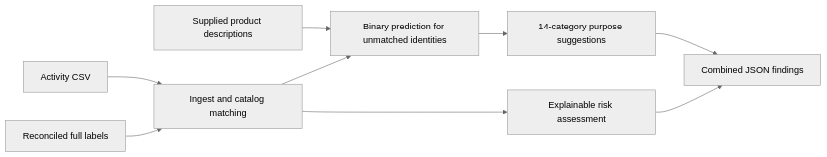
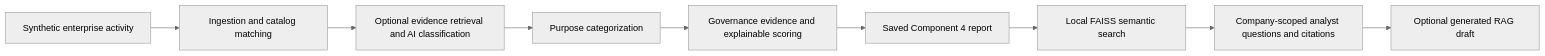
Before and after one commit to Break-Through-Tech/Cyera-1B-ai-tool-discovery-and-risk-classification: the diagram in README.md, drawn with Mermaid (neutral theme). The commit also changed other lines of this file and 12 other files, not shown here.

Commit message:
Add company-scoped report retrieval and cited analyst answers

````diff
--- a/README.md
+++ b/README.md
@@ -21,11 +7,11 @@
 ```mermaid
 flowchart LR
-    A[Activity CSV] --> B[Ingest and catalog matching]
-    C[Reconciled full labels] --> B
-    D[Supplied product descriptions] --> E[Binary prediction for unmatched identities]
-    B --> E
-    E --> F[14-category purpose suggestions]
-    B --> G[Explainable risk assessment]
-    F --> H[Combined JSON findings]
-    G --> H
+    A[Synthetic enterprise activity] --> B[Ingestion and catalog matching]
+    B --> C[Optional evidence retrieval and AI classification]
+    C --> D[Purpose categorization]
+    D --> E[Governance evidence and explainable scoring]
+    E --> F[Saved Component 4 report]
+    F --> G[Local FAISS semantic search]
+    G --> H[Company-scoped analyst questions and citations]
+    H --> I[Optional generated RAG draft]
 ```
````
